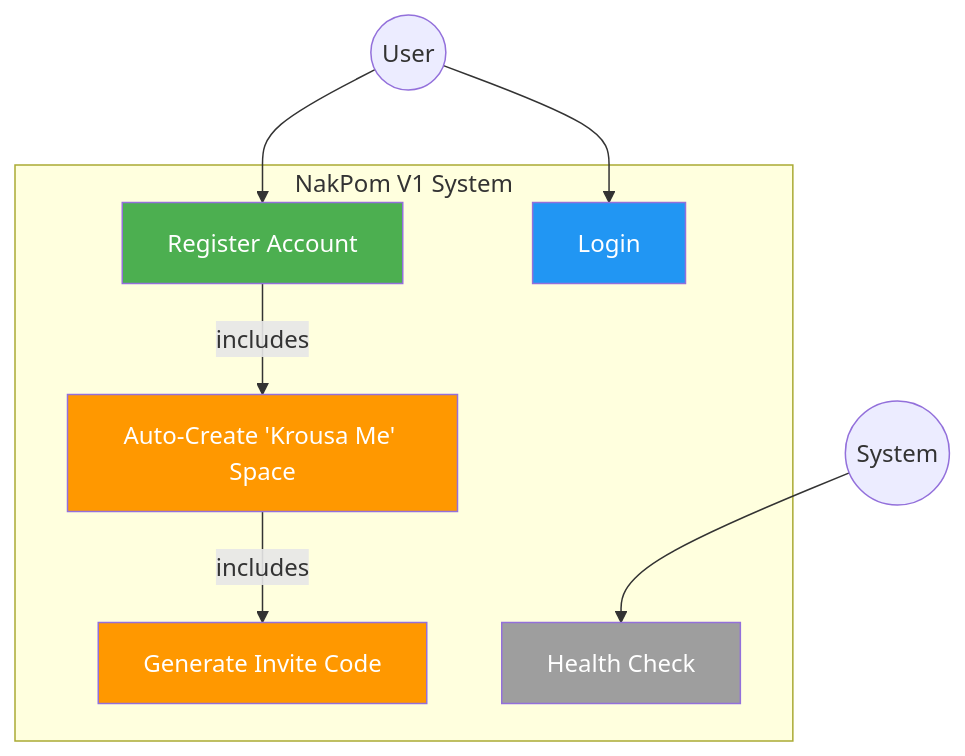
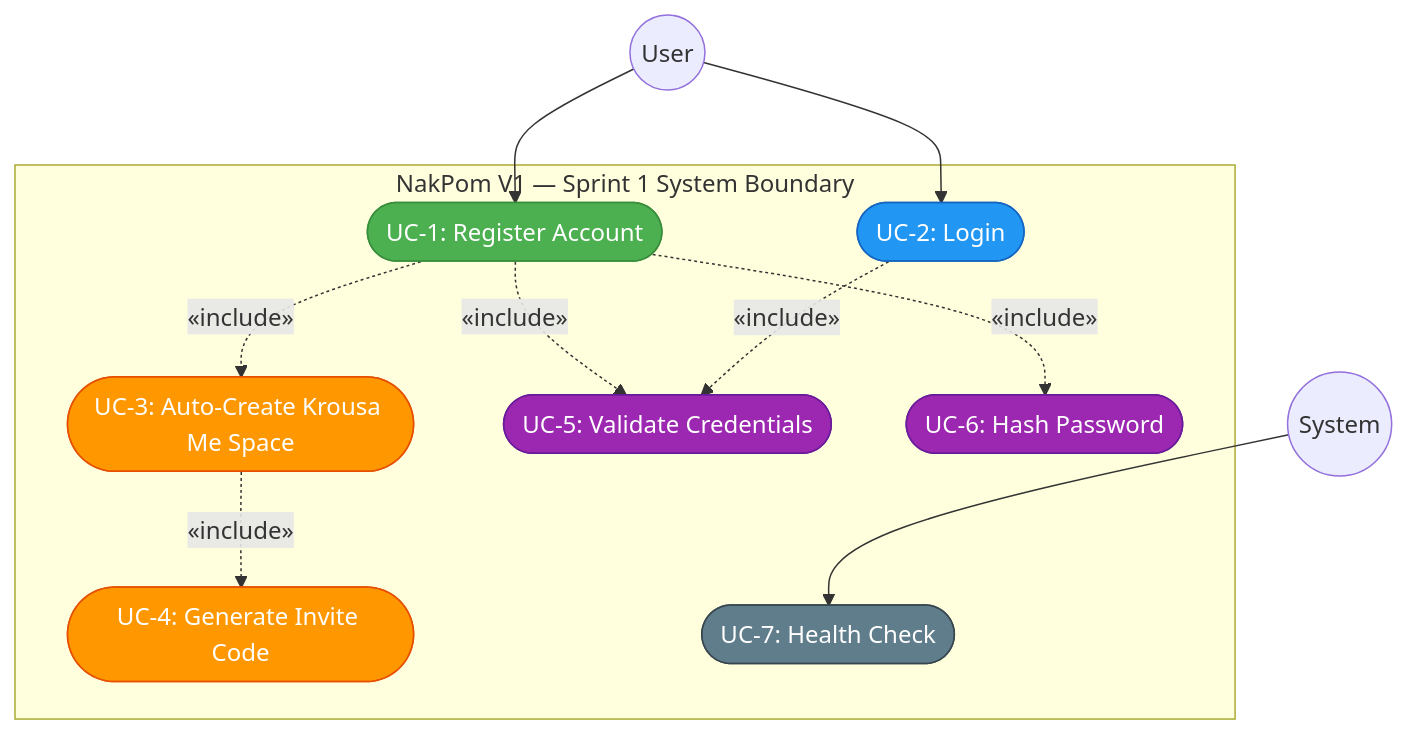
The first of 7 diagrams in docs/uml-diagrams.md (thangsaoly/nakpom-backend), drawn with Mermaid before and after one commit. The commit also changed other lines of this file and 1 other file, not shown here.

Commit message:
Rewrite UML diagrams: Use Case, Activity, Class, and Sequence with detailed descriptions

````diff
--- a/docs/uml-diagrams.md
+++ b/docs/uml-diagrams.md
@@ -5,25 +11,32 @@
 ```mermaid
 graph TB
-    subgraph NakPom_System["NakPom V1 System"]
-        UC1["Register Account"]
-        UC2["Login"]
-        UC3["Auto-Create 'Krousa Me' Space"]
-        UC4["Generate Invite Code"]
-        UC5["Health Check"]
+    subgraph SystemBoundary["NakPom V1 — Sprint 1 System Boundary"]
+        UC1(["UC-1: Register Account"])
+        UC2(["UC-2: Login"])
+        UC3(["UC-3: Auto-Create Krousa Me Space"])
+        UC4(["UC-4: Generate Invite Code"])
+        UC5(["UC-5: Validate Credentials"])
+        UC6(["UC-6: Hash Password"])
+        UC7(["UC-7: Health Check"])
     end
 
     User((User))
     System((System))
 
     User --> UC1
     User --> UC2
-    UC1 -->|"includes"| UC3
-    UC3 -->|"includes"| UC4
-    System --> UC5
+    UC1 -.->|"«include»"| UC5
+    UC1 -.->|"«include»"| UC6
+    UC1 -.->|"«include»"| UC3
+    UC3 -.->|"«include»"| UC4
+    UC2 -.->|"«include»"| UC5
+    System --> UC7
 
-    style UC1 fill:#4CAF50,color:#fff
-    style UC2 fill:#2196F3,color:#fff
-    style UC3 fill:#FF9800,color:#fff
-    style UC4 fill:#FF9800,color:#fff
-    style UC5 fill:#9E9E9E,color:#fff
+    style UC1 fill:#4CAF50,color:#fff,stroke:#388E3C
+    style UC2 fill:#2196F3,color:#fff,stroke:#1565C0
+    style UC3 fill:#FF9800,color:#fff,stroke:#E65100
+    style UC4 fill:#FF9800,color:#fff,stroke:#E65100
+    style UC5 fill:#9C27B0,color:#fff,stroke:#6A1B9A
+    style UC6 fill:#9C27B0,color:#fff,stroke:#6A1B9A
+    style UC7 fill:#607D8B,color:#fff,stroke:#37474F
 ```
````
